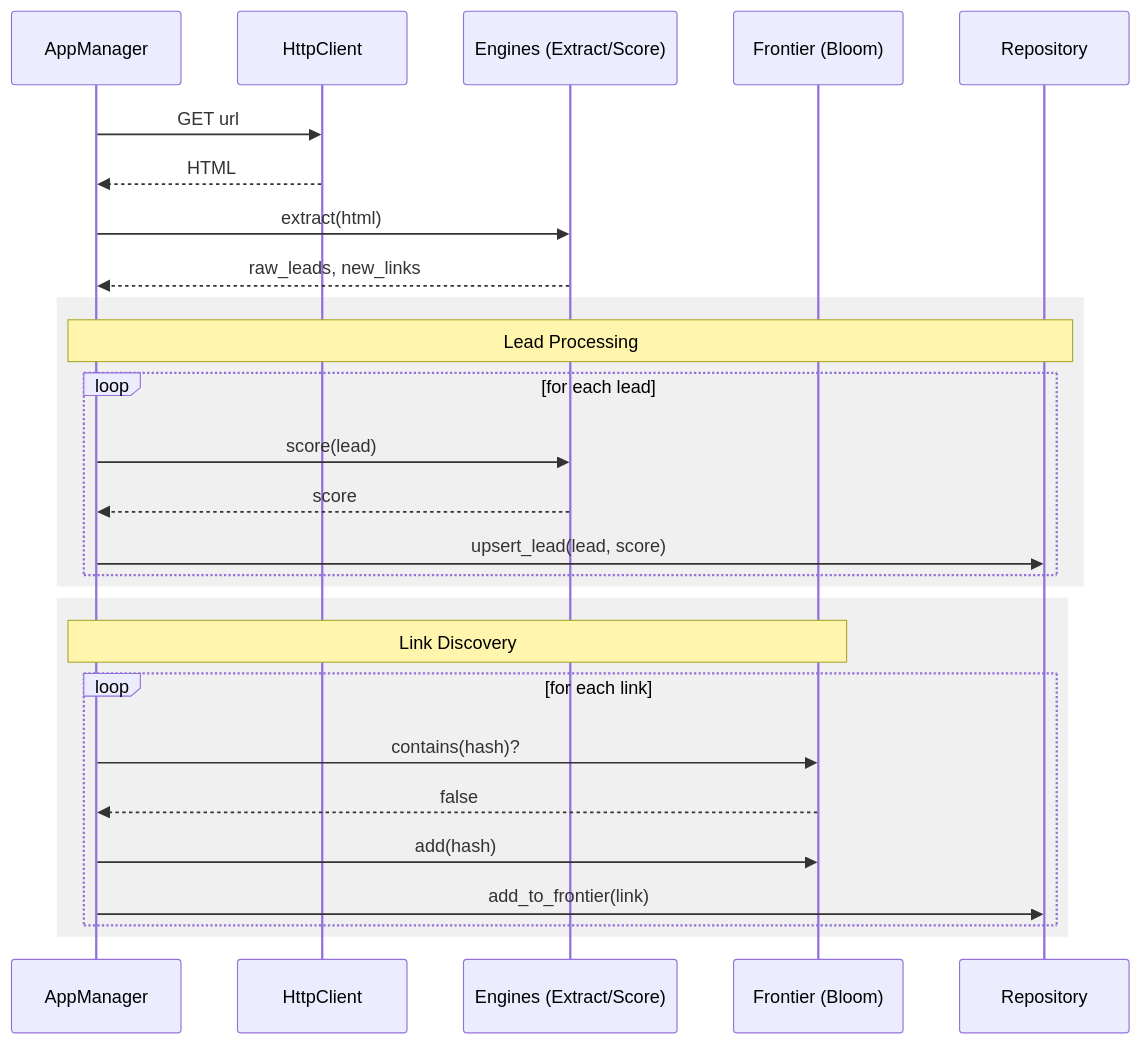
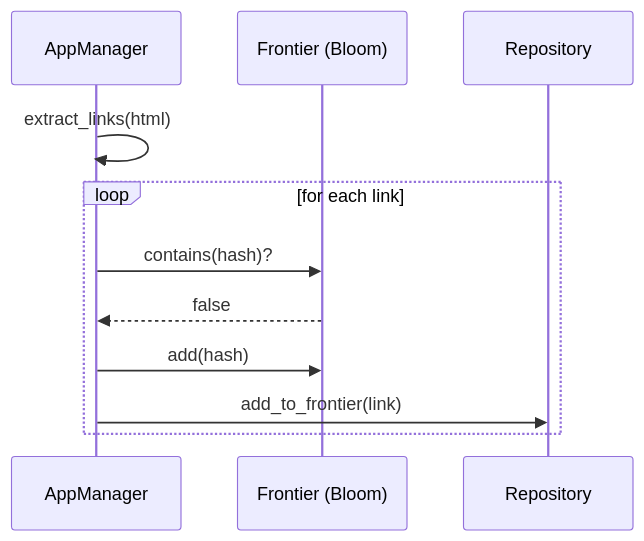
The fifth of 5 diagrams in projects/02_prospect_web_crawler/README.md (paulpeters144/system-design), drawn with Mermaid before and after one commit. The commit also changed other lines of this file and 9 other files, not shown here.

````diff
--- a/projects/02_prospect_web_crawler/README.md
+++ b/projects/02_prospect_web_crawler/README.md
@@ -108,32 +129,14 @@
 ```mermaid
 sequenceDiagram
     participant M as AppManager
-    participant H as HttpClient
-    participant E as Engines (Extract/Score)
     participant F as Frontier (Bloom)
     participant R as Repository
 
-    M->>H: GET url
-    H-->>M: HTML
-    M->>E: extract(html)
-    E-->>M: raw_leads, new_links
-    
-    rect rgb(240, 240, 240)
-        Note over M,R: Lead Processing
-        loop for each lead
-            M->>E: score(lead)
-            E-->>M: score
-            M->>R: upsert_lead(lead, score)
-        end
-    end
-
-    rect rgb(240, 240, 240)
-        Note over M,F: Link Discovery
-        loop for each link
-            M->>F: contains(hash)?
-            F-->>M: false
-            M->>F: add(hash)
-            M->>R: add_to_frontier(link)
-        end
+    M->>M: extract_links(html)
+    loop for each link
+        M->>F: contains(hash)?
+        F-->>M: false
+        M->>F: add(hash)
+        M->>R: add_to_frontier(link)
     end
 ```
````
